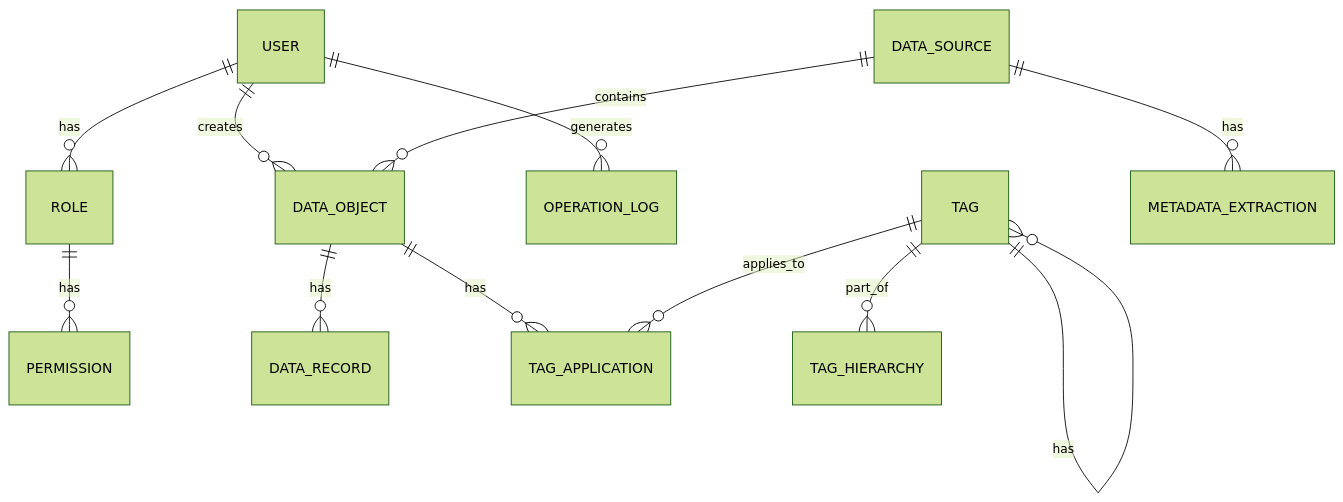
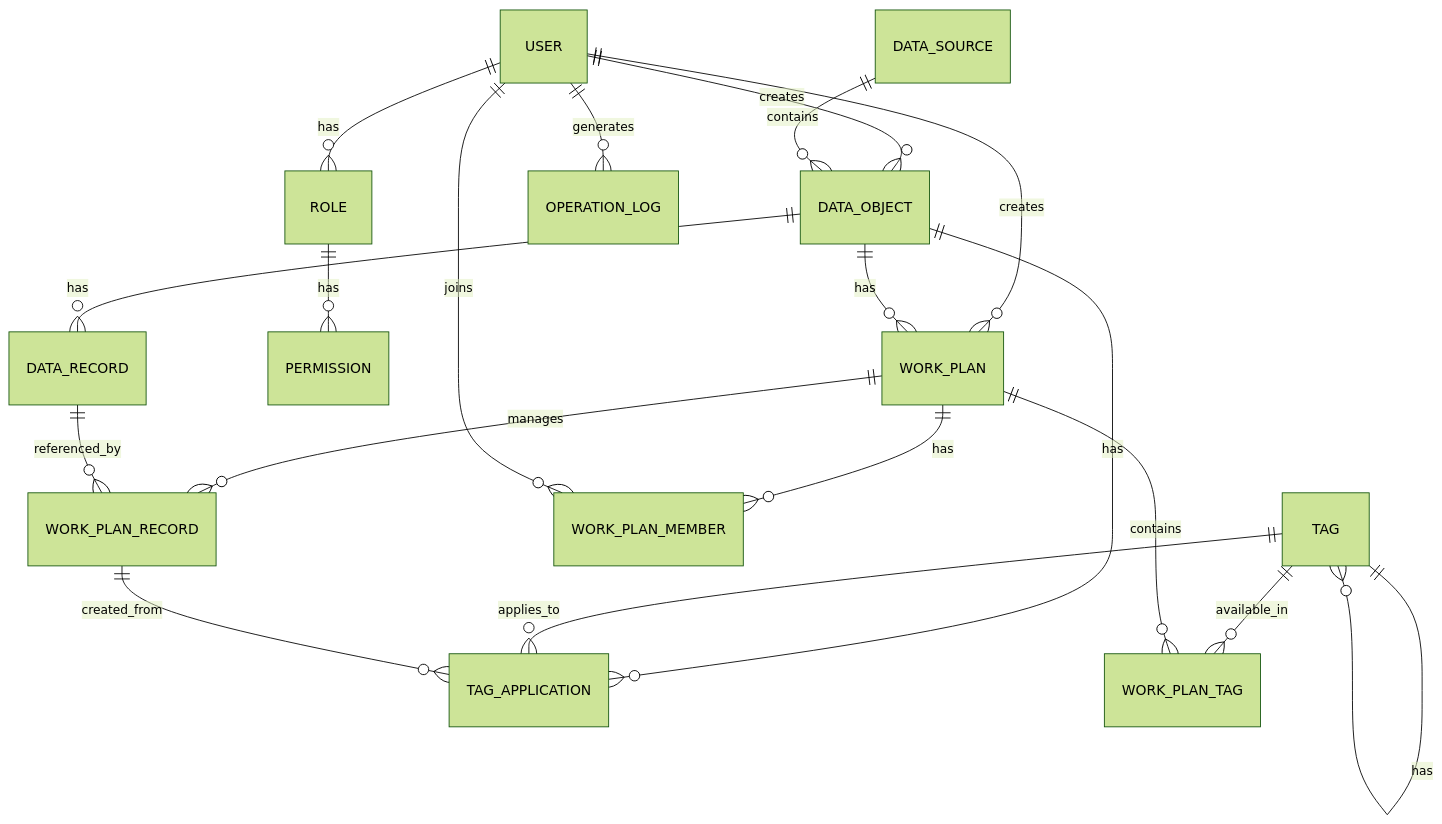
The first of 2 diagrams in docs/数据对象标签管理应用需求文档.md (nagucc/tag-factory), drawn with Mermaid (forest theme) before and after one commit. The commit also changed other lines of this file and 20 other files, not shown here.

````diff
--- a/docs/数据对象标签管理应用需求文档.md
+++ b/docs/数据对象标签管理应用需求文档.md
@@ -185,14 +212,21 @@
 ```mermaid
 erDiagram
     USER ||--o{ ROLE : has
     USER ||--o{ DATA_OBJECT : creates
+    USER ||--o{ WORK_PLAN : creates
     ROLE ||--o{ PERMISSION : has
     USER ||--o{ OPERATION_LOG : generates
     DATA_SOURCE ||--o{ DATA_OBJECT : contains
     DATA_OBJECT ||--o{ DATA_RECORD : has
+    DATA_OBJECT ||--o{ WORK_PLAN : has
     DATA_OBJECT ||--o{ TAG_APPLICATION : has
     TAG ||--o{ TAG_APPLICATION : applies_to
     TAG ||--o{ TAG : has
-    DATA_SOURCE ||--o{ METADATA_EXTRACTION : has
-    TAG ||--o{ TAG_HIERARCHY : part_of
+    TAG ||--o{ WORK_PLAN_TAG : available_in
+    WORK_PLAN ||--o{ WORK_PLAN_TAG : contains
+    WORK_PLAN ||--o{ WORK_PLAN_MEMBER : has
+    WORK_PLAN ||--o{ WORK_PLAN_RECORD : manages
+    USER ||--o{ WORK_PLAN_MEMBER : joins
+    DATA_RECORD ||--o{ WORK_PLAN_RECORD : referenced_by
+    WORK_PLAN_RECORD ||--o{ TAG_APPLICATION : created_from
 ```
````
